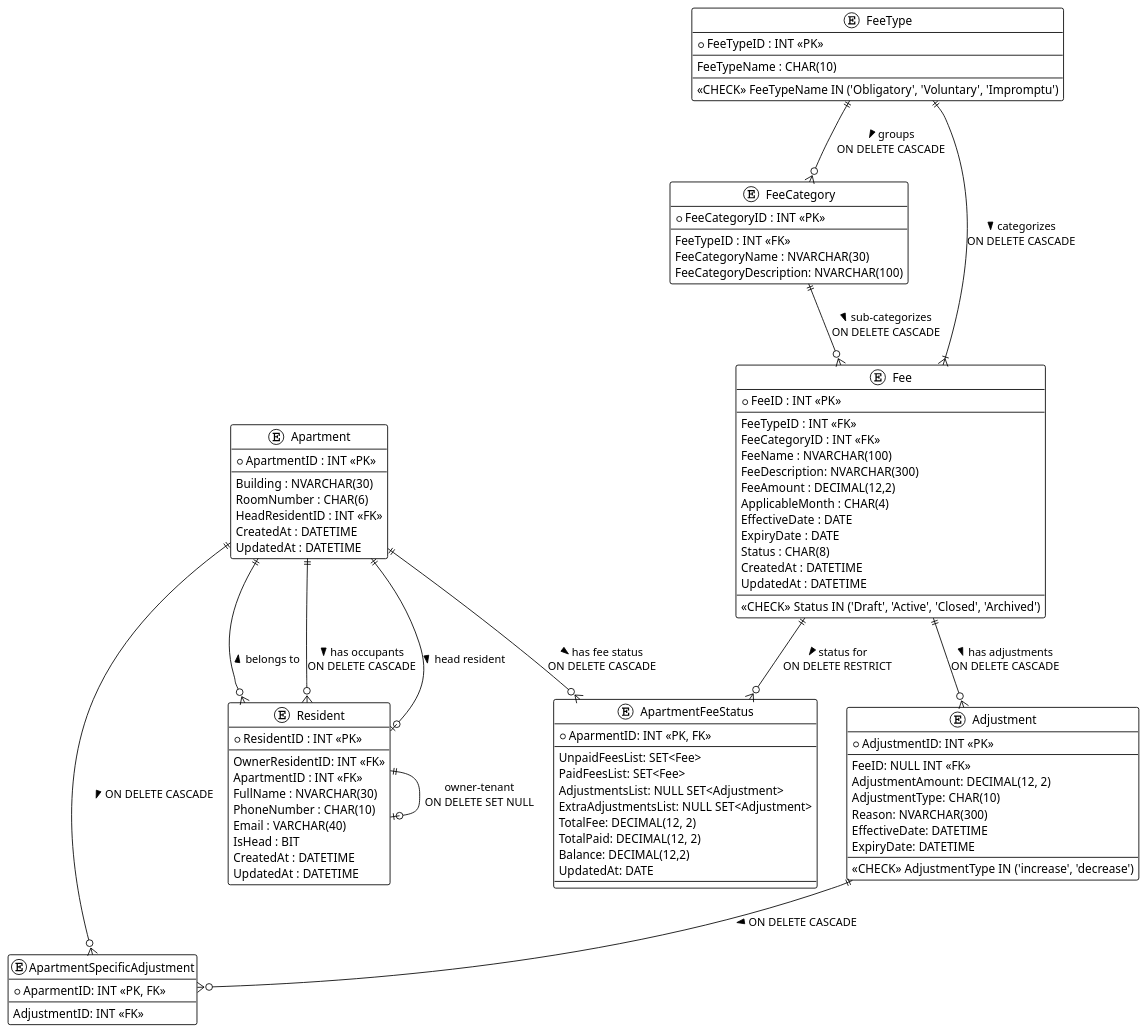
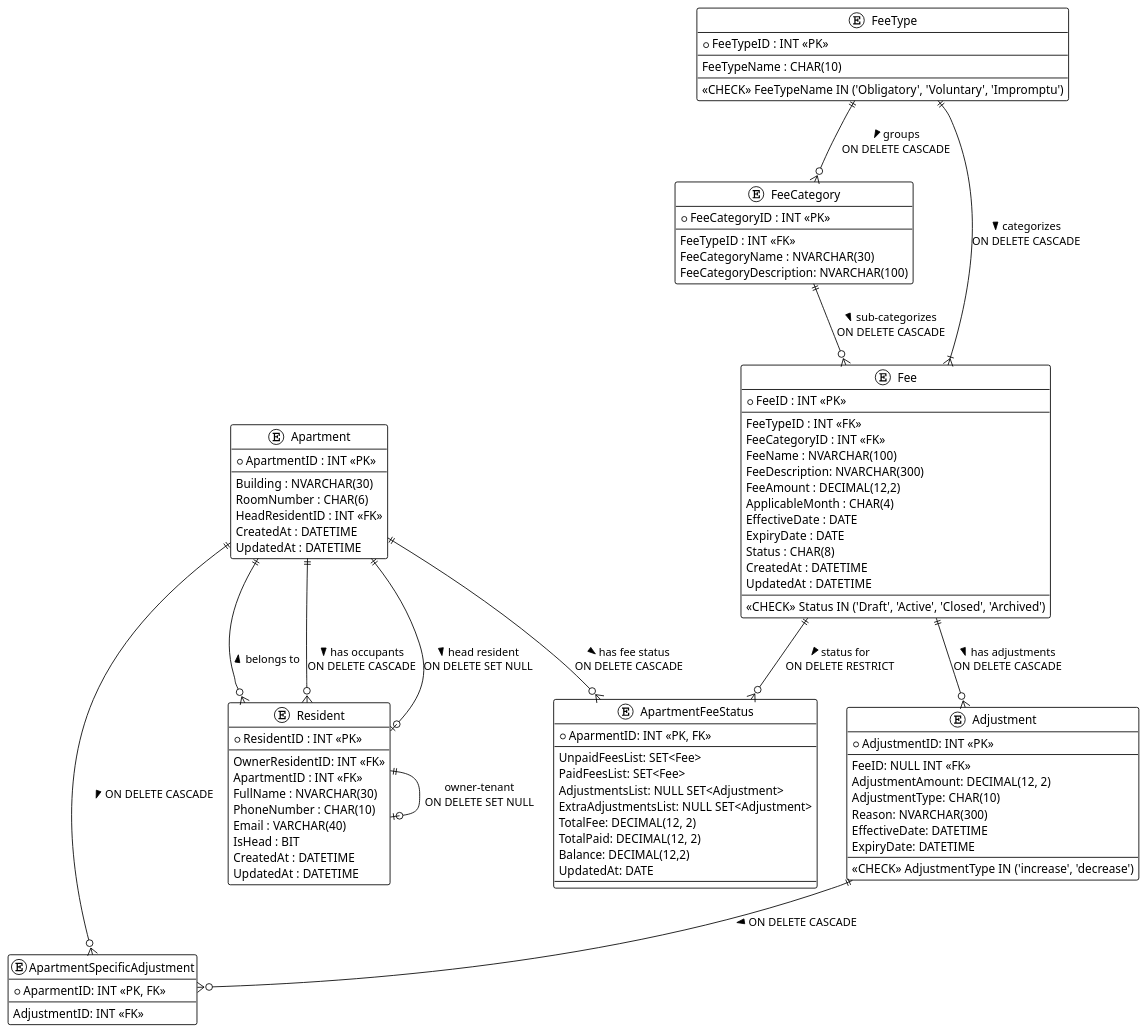
Before and after one commit to khoatran18/BluemoonManagement: the diagram in docs/sprint1/er_diagram.puml, drawn with PlantUML.

Commit message:
docs: add a constraint in apartment-resident tables

```diff
--- a/docs/sprint1/er_diagram.puml
+++ b/docs/sprint1/er_diagram.puml
@@ -1,112 +1,114 @@
  @startuml name "db"
 !theme plain
 
 entity "Apartment" as Apartment {
   + ApartmentID : INT <<PK>>
   --
   Building : NVARCHAR(30)
   RoomNumber : CHAR(6)
   HeadResidentID : INT <<FK>>
   CreatedAt : DATETIME
   UpdatedAt : DATETIME
 }
 
 entity "Resident" as Resident {
   + ResidentID : INT <<PK>>
   --
   OwnerResidentID: INT <<FK>>
   ApartmentID : INT <<FK>>
   FullName : NVARCHAR(30)
   PhoneNumber : CHAR(10)
   Email : VARCHAR(40)
   IsHead : BIT
   CreatedAt : DATETIME
   UpdatedAt : DATETIME
 }
 
 entity "FeeType" as FeeType {
   + FeeTypeID : INT <<PK>>
   --
   FeeTypeName : CHAR(10)
   --
   <<CHECK>> FeeTypeName IN ('Obligatory', 'Voluntary', 'Impromptu')
 }
 
 entity "FeeCategory" as FeeCategory {
   + FeeCategoryID : INT <<PK>>
   --
   FeeTypeID : INT <<FK>>
   FeeCategoryName : NVARCHAR(30)
   FeeCategoryDescription: NVARCHAR(100)
 }
 
 entity "Fee" as Fee {
   + FeeID : INT <<PK>>
   --
   FeeTypeID : INT <<FK>>
   FeeCategoryID : INT <<FK>>
   FeeName : NVARCHAR(100)
   FeeDescription: NVARCHAR(300)
   FeeAmount : DECIMAL(12,2)
   ApplicableMonth : CHAR(4)
   EffectiveDate : DATE
   ExpiryDate : DATE
   Status : CHAR(8)
   CreatedAt : DATETIME
   UpdatedAt : DATETIME
   --
    <<CHECK>> Status IN ('Draft', 'Active', 'Closed', 'Archived')
 }
 
 
 entity "ApartmentFeeStatus" as ApartmentFeeStatus{
   + AparmentID: INT <<PK, FK>>
   --
   UnpaidFeesList: SET<Fee>
   PaidFeesList: SET<Fee>
   AdjustmentsList: NULL SET<Adjustment>
   ExtraAdjustmentsList: NULL SET<Adjustment>
   TotalFee: DECIMAL(12, 2)
   TotalPaid: DECIMAL(12, 2)
   Balance: DECIMAL(12,2)
   UpdatedAt: DATE
   --
 }
 
 entity "Adjustment" as Adjustment{
   + AdjustmentID: INT <<PK>>
   --
   FeeID: NULL INT <<FK>>
   AdjustmentAmount: DECIMAL(12, 2)
   AdjustmentType: CHAR(10)
   Reason: NVARCHAR(300)
   EffectiveDate: DATETIME
   ExpiryDate: DATETIME 
   --
   <<CHECK>> AdjustmentType IN ('increase', 'decrease')
 }
 
 entity "ApartmentSpecificAdjustment" as ApartmentSpecificAdjustment{
   + AparmentID: INT <<PK, FK>>
   --
   AdjustmentID: INT <<FK>>
 }
 
 '--------------------------
 ' Relationships + Constraints
 '--------------------------
 
 Apartment ||--o{ Resident : "has occupants >\nON DELETE CASCADE"
 Resident }o--|| Apartment : "belongs to >"
 Resident ||--o| Resident: "owner-tenant\nON DELETE SET NULL"
+Apartment ||--o| Resident : "head resident >\nON DELETE SET NULL"
+
 FeeType ||--|{ Fee : "categorizes >\nON DELETE CASCADE"
 FeeType ||--o{ FeeCategory : "groups >\nON DELETE CASCADE"
 FeeCategory ||--o{ Fee : "sub-categorizes >\nON DELETE CASCADE"
-Apartment ||--o| Resident : "head resident >"
+
 Apartment ||--o{ ApartmentFeeStatus : "has fee status >\nON DELETE CASCADE"
 Fee ||--o{ ApartmentFeeStatus : "status for >\nON DELETE RESTRICT"
 Fee ||--o{ Adjustment : "has adjustments >\nON DELETE CASCADE"
 Apartment ||--o{ ApartmentSpecificAdjustment : "ON DELETE CASCADE >"
 Adjustment ||--o{ ApartmentSpecificAdjustment : "ON DELETE CASCADE >"
 
 @enduml
```
